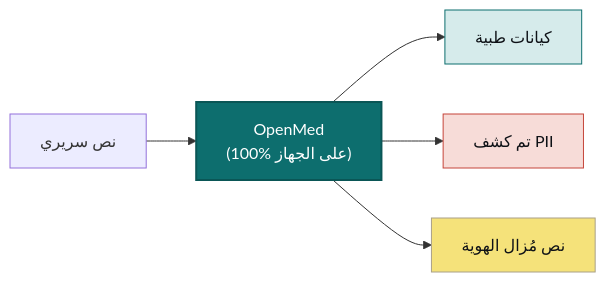
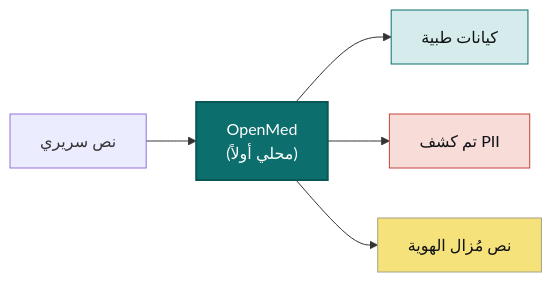
One commit to maziyarpanahi/openmed changed the diagram in README.ar.md. Above: the diagram before and after it, drawn with Mermaid. The commit also changed other lines of this file, not shown here.

````diff
--- a/README.ar.md
+++ b/README.ar.md
@@ -154,11 +143,11 @@
 ```mermaid
 flowchart LR
-    A["نص سريري"] --> B["OpenMed<br/>(100% على الجهاز)"]
+    A["نص سريري"] --> B["OpenMed<br/>(محلي أولاً)"]
     B --> C["كيانات طبية"]
     B --> D["تم كشف PII"]
     B --> E["نص مُزال الهوية"]
     style B fill:#0D6E6E,stroke:#0A5656,stroke-width:2px,color:#ffffff
     style C fill:#D6EBEB,stroke:#0D6E6E,color:#0E1116
     style D fill:#F7DCD8,stroke:#C5453A,color:#0E1116
     style E fill:#F5E27A,stroke:#A9A088,color:#0E1116
 ```
````
